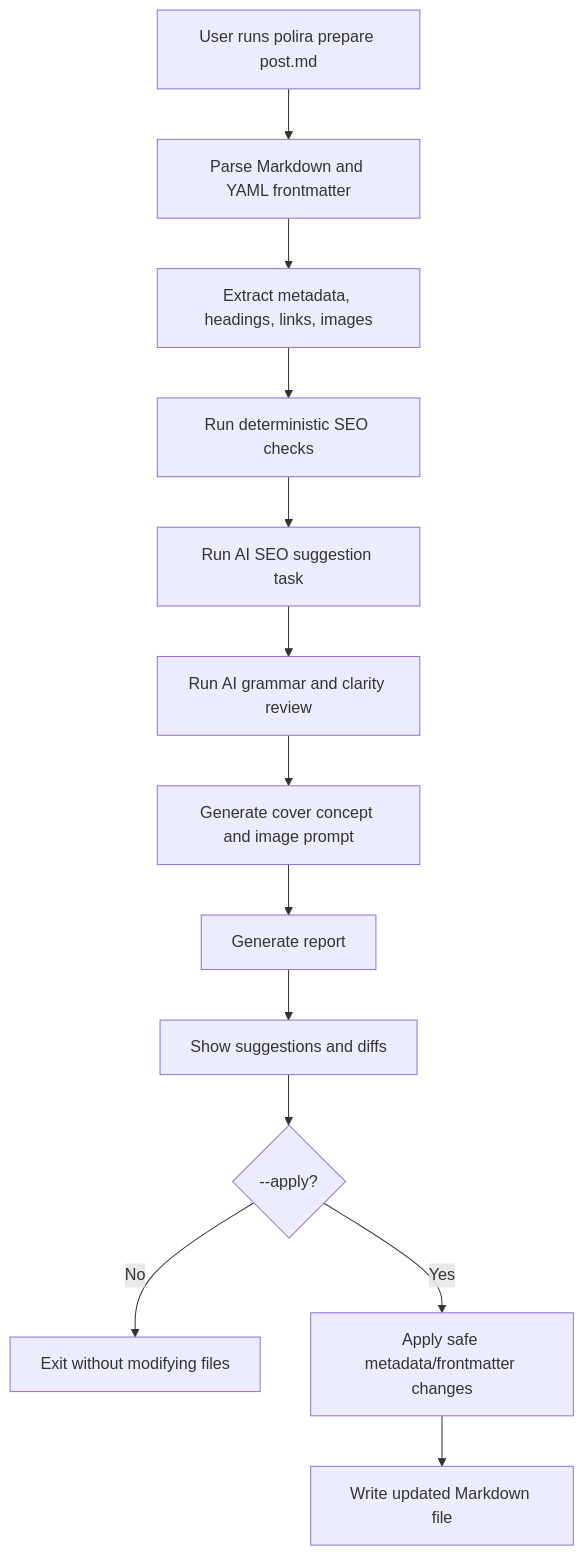
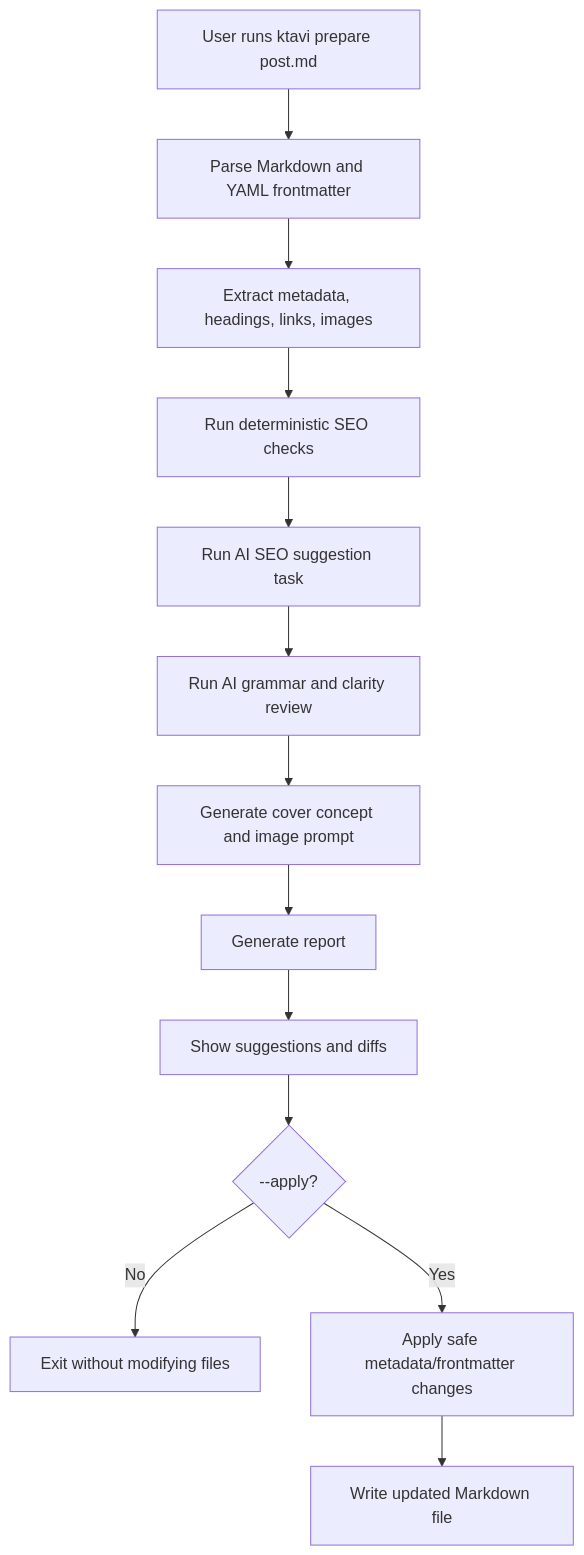
One commit to mayashavin/ktavi changed the first of 3 diagrams in project-plan.md. Above: the diagram before and after it, drawn with Mermaid. The commit also changed other lines of this file and 28 other files, not shown here.

First line of the commit message:
Rename project identity from `polira` to `ktavi` across CLI, config, core types, and docs (#125)

````diff
--- a/project-plan.md
+++ b/project-plan.md
@@ -788,15 +788,15 @@
 ```mermaid
 flowchart TD
-    A[User runs polira prepare post.md] --> B[Parse Markdown and YAML frontmatter]
+    A[User runs ktavi prepare post.md] --> B[Parse Markdown and YAML frontmatter]
     B --> C[Extract metadata, headings, links, images]
     C --> D[Run deterministic SEO checks]
     D --> E[Run AI SEO suggestion task]
     E --> F[Run AI grammar and clarity review]
     F --> G[Generate cover concept and image prompt]
     G --> H[Generate report]
     H --> I[Show suggestions and diffs]
     I --> J{--apply?}
     J -- No --> K[Exit without modifying files]
     J -- Yes --> L[Apply safe metadata/frontmatter changes]
     L --> M[Write updated Markdown file]
 ```
````
